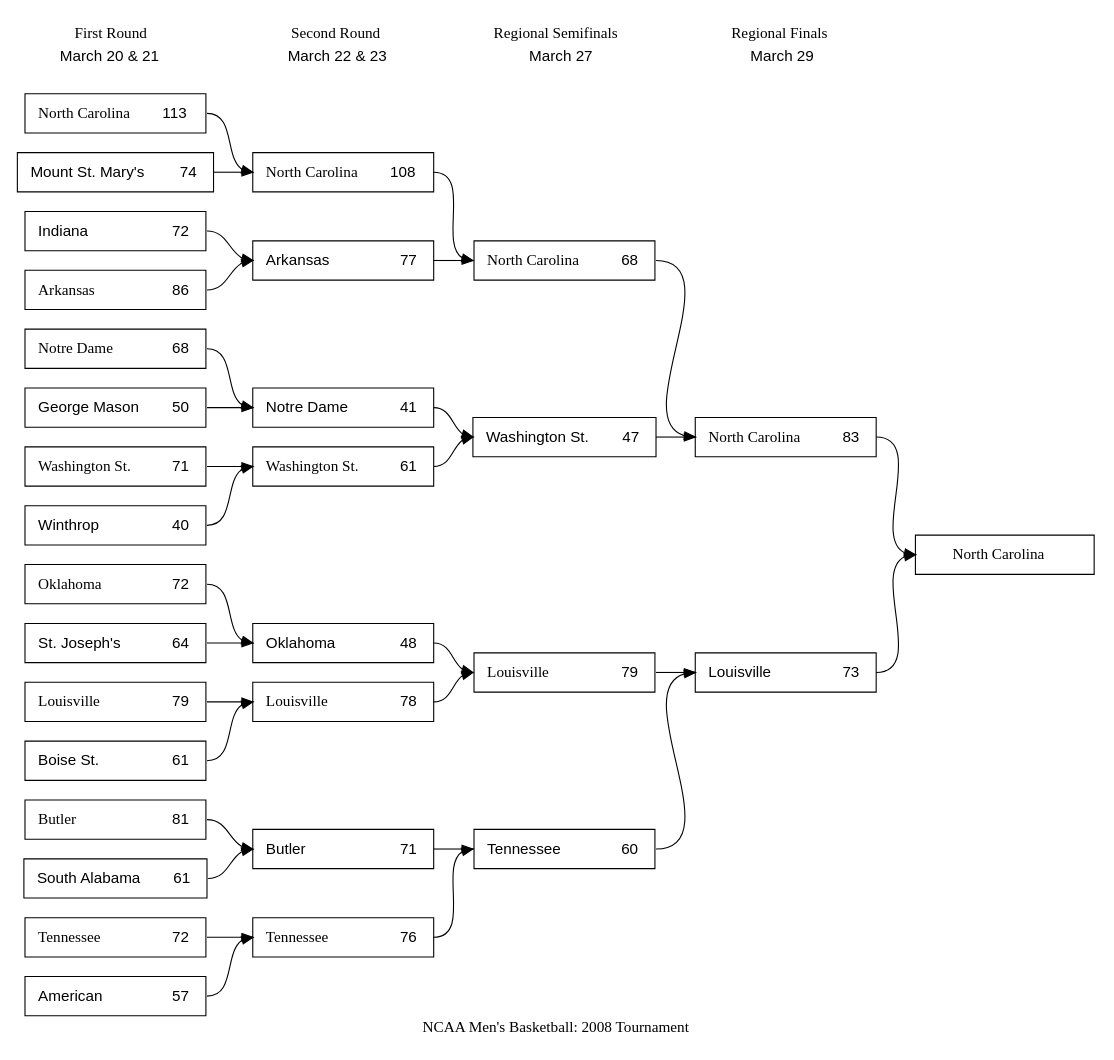
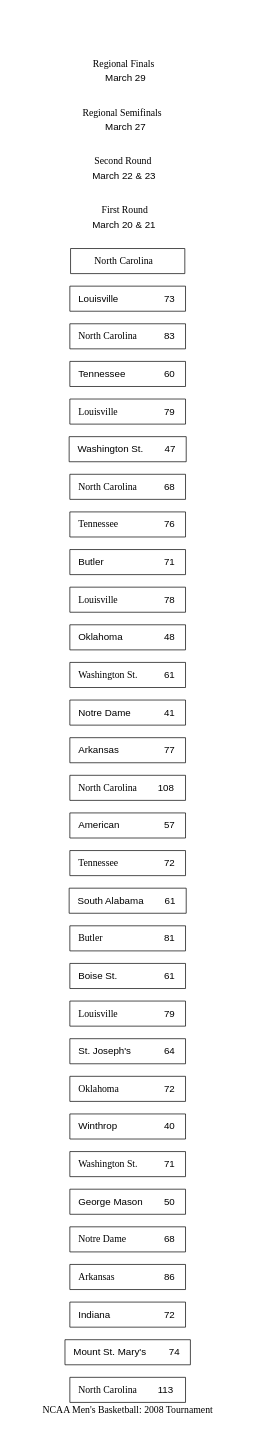
The diagram in match_tree.dot (greatgauss/graphviz_script), drawn with Graphviz before and after one commit. The commit also changed 7 other files, not shown here.

```diff
--- a/match_tree.dot
+++ b/match_tree.dot
@@ -1,85 +1,85 @@
 digraph G {
 	rankdir=LR
 	graph [size="8.5,11" label="NCAA Men's Basketball: 2008 Tournament"]
 	
 	node [shape=box, width=2, fontname="Helvetica"]
 	
 	11 [label=<<table border="0"><tr><td align="left" width="108"><font face="Helvetica Bold">North Carolina</font></td><td align="right" width="36">113</td></tr></table>>]
 	12 [label=<<table border="0"><tr><td align="left" width="108">Mount St. Mary's</td><td align="right" width="36">74</td></tr></table>>]
 	13 [label=<<table border="0"><tr><td align="left" width="108">Indiana</td><td align="right" width="36">72</td></tr></table>>]
 	14 [label=<<table border="0"><tr><td align="left" width="108"><font face="Helvetica Bold">Arkansas</font></td><td align="right" width="36">86</td></tr></table>>]
 	15 [label=<<table border="0"><tr><td align="left" width="108"><font face="Helvetica Bold">Notre Dame</font></td><td align="right" width="36">68</td></tr></table>>]
 	16 [label=<<table border="0"><tr><td align="left" width="108">George Mason</td><td align="right" width="36">50</td></tr></table>>]
 	17 [label=<<table border="0"><tr><td align="left" width="108"><font face="Helvetica Bold">Washington St.</font></td><td align="right" width="36">71</td></tr></table>>]
 	18 [label=<<table border="0"><tr><td align="left" width="108">Winthrop</td><td align="right" width="36">40</td></tr></table>>]
 	19 [label=<<table border="0"><tr><td align="left" width="108"><font face="Helvetica Bold">Oklahoma</font></td><td align="right" width="36">72</td></tr></table>>]
 	110 [label=<<table border="0"><tr><td align="left" width="108">St. Joseph's</td><td align="right" width="36">64</td></tr></table>>]
 	111 [label=<<table border="0"><tr><td align="left" width="108"><font face="Helvetica Bold">Louisville</font></td><td align="right" width="36">79</td></tr></table>>]
 	112 [label=<<table border="0"><tr><td align="left" width="108">Boise St.</td><td align="right" width="36">61</td></tr></table>>]
 	113 [label=<<table border="0"><tr><td align="left" width="108"><font face="Helvetica Bold">Butler</font></td><td align="right" width="36">81</td></tr></table>>]
 	114 [label=<<table border="0"><tr><td align="left" width="108">South Alabama</td><td align="right" width="36">61</td></tr></table>>]
 	115 [label=<<table border="0"><tr><td align="left" width="108"><font face="Helvetica Bold">Tennessee</font></td><td align="right" width="36">72</td></tr></table>>]
 	116 [label=<<table border="0"><tr><td align="left" width="108">American</td><td align="right" width="36">57</td></tr></table>>]
 	
 	21 [label=<<table border="0"><tr><td align="left" width="108"><font face="Helvetica Bold">North Carolina</font></td><td align="right" width="36">108</td></tr></table>>]
 	22 [label=<<table border="0"><tr><td align="left" width="108">Arkansas</td><td align="right" width="36">77</td></tr></table>>]
 	23 [label=<<table border="0"><tr><td align="left" width="108">Notre Dame</td><td align="right" width="36">41</td></tr></table>>]
 	24 [label=<<table border="0"><tr><td align="left" width="108"><font face="Helvetica Bold">Washington St.</font></td><td align="right" width="36">61</td></tr></table>>]
 	25 [label=<<table border="0"><tr><td align="left" width="108">Oklahoma</td><td align="right" width="36">48</td></tr></table>>]
 	26 [label=<<table border="0"><tr><td align="left" width="108"><font face="Helvetica Bold">Louisville</font></td><td align="right" width="36">78</td></tr></table>>]
 	27 [label=<<table border="0"><tr><td align="left" width="108">Butler</td><td align="right" width="36">71</td></tr></table>>]
 	28 [label=<<table border="0"><tr><td align="left" width="108"><font face="Helvetica Bold">Tennessee</font></td><td align="right" width="36">76</td></tr></table>>]
 	
 	31 [label=<<table border="0"><tr><td align="left" width="108"><font face="Helvetica Bold">North Carolina</font></td><td align="right" width="36">68</td></tr></table>>]
 	32 [label=<<table border="0"><tr><td align="left" width="108">Washington St.</td><td align="right" width="36">47</td></tr></table>>]
 	33 [label=<<table border="0"><tr><td align="left" width="108"><font face="Helvetica Bold">Louisville</font></td><td align="right" width="36">79</td></tr></table>>]
 	34 [label=<<table border="0"><tr><td align="left" width="108">Tennessee</td><td align="right" width="36">60</td></tr></table>>]
 	
 	41 [label=<<table border="0"><tr><td align="left" width="108"><font face="Helvetica Bold">North Carolina</font></td><td align="right" width="36">83</td></tr></table>>]
 	42 [label=<<table border="0"><tr><td align="left" width="108">Louisville</td><td align="right" width="36">73</td></tr></table>>]
 	
 	51 [label=<<table border="0"><tr><td width="144"><font face="Helvetica Bold">North Carolina</font></td></tr></table>>]
 	
-	11:e->21:w
-	12:e->21:w
-	13:e->22:w
-	14:e->22:w
-	15:e->23:w
-	16:e->23:w
-	17:e->24:w
-	18:e->24:w
-	19:e->25:w
-	110:e->25:w
-	111:e->26:w
-	112:e->26:w
-	113:e->27:w
-	114:e->27:w
-	115:e->28:w
-	116:e->28:w
-	21:e->31:w
-	22:e->31:w
-	23:e->32:w
-	24:e->32:w
-	25:e->33:w
-	26:e->33:w
-	27:e->34:w
-	28:e->34:w
-	31:e->41:w
-	32:e->41:w
-	33:e->42:w
-	34:e->42:w
-	41:e->51:w
-	42:e->51:w
+	11:e;21:w
+	12:e;21:w
+	13:e;22:w
+	14:e;22:w
+	15:e;23:w
+	16:e;23:w
+	17:e;24:w
+	18:e;24:w
+	19:e;25:w
+	110:e;25:w
+	111:e;26:w
+	112:e;26:w
+	113:e;27:w
+	114:e;27:w
+	115:e;28:w
+	116:e;28:w
+	21:e;31:w
+	22:e;31:w
+	23:e;32:w
+	24:e;32:w
+	25:e;33:w
+	26:e;33:w
+	27:e;34:w
+	28:e;34:w
+	31:e;41:w
+	32:e;41:w
+	33:e;42:w
+	34:e;42:w
+	41:e;51:w
+	42:e;51:w
 	
 	node [shape=plaintext]
 	
 	10 [label=<<table border="0"><tr><td><font face="Helvetica Bold">First Round</font></td></tr><tr><td>March 20 &amp; 21</td></tr></table>>]
 	20 [label=<<table border="0"><tr><td><font face="Helvetica Bold">Second Round</font></td></tr><tr><td>March 22 &amp; 23</td></tr></table>>]
 	30 [label=<<table border="0"><tr><td><font face="Helvetica Bold">Regional Semifinals</font></td></tr><tr><td>March 27</td></tr></table>>]
 	40 [label=<<table border="0"><tr><td><font face="Helvetica Bold">Regional Finals</font></td></tr><tr><td>March 29</td></tr></table>>]
 	50 [label=""]
 	
 	edge [style=invis]
-	rank=same {10->11->12->13->14->15->16->17->18->19->110->111->112->113->114->115->116}
-	10->20->30->40->50 [weight=100]
+	rank=same {10;11;12;13;14;15;16;17;18;19;110;111;112;113;114;115;116}
+	10;20;30;40;50 [weight=100]
 }
```
